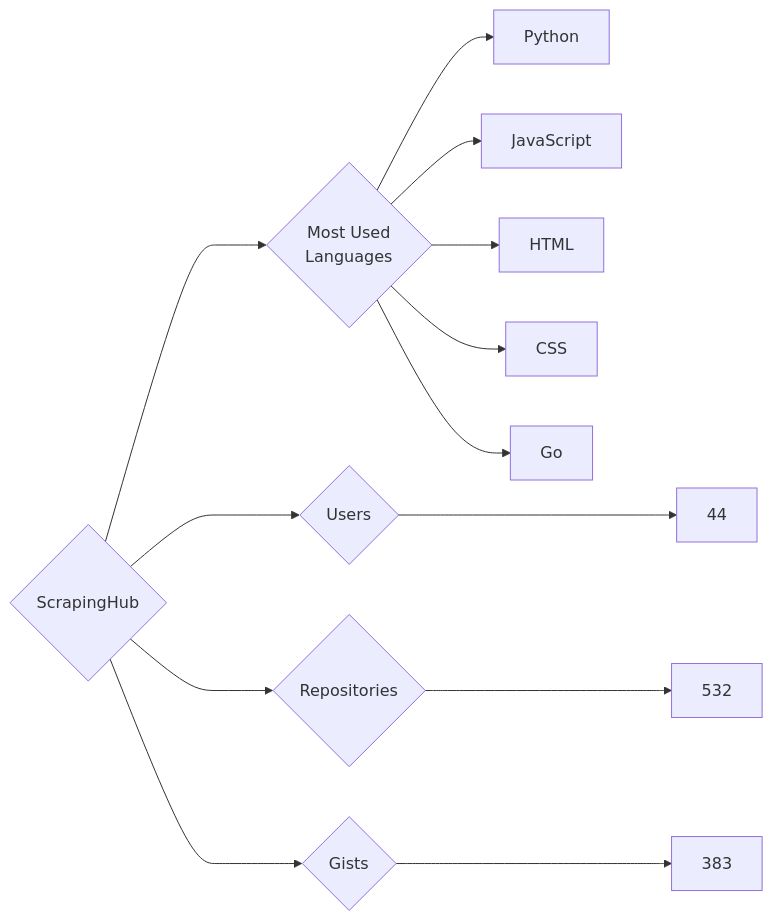
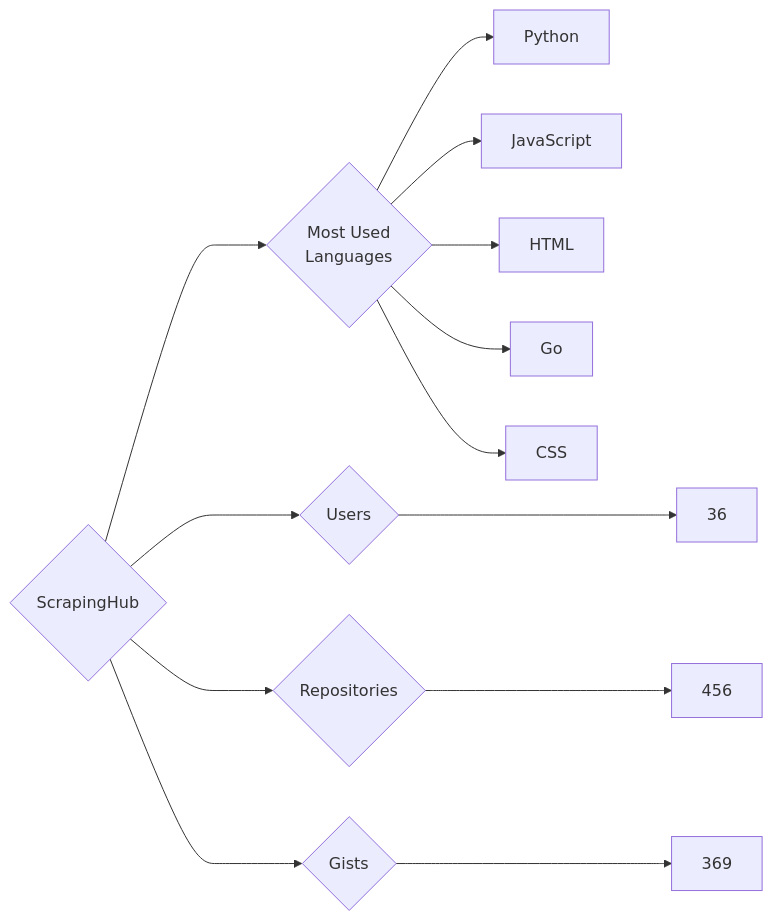
One commit to trickest/insiders changed the diagram in targets/ScrapingHub/README.md. Above: the diagram before and after it, drawn with Mermaid. The commit also changed 773 other files, not shown here.

````diff
--- a/targets/ScrapingHub/README.md
+++ b/targets/ScrapingHub/README.md
@@ -3,13 +3,13 @@
 ```mermaid
 graph LR
 COMPANY_NAME{ScrapingHub}
-COMPANY_NAME ---> U{Users} ---> UN[44]
-COMPANY_NAME ---> R{Repositories} ---> RN[532]
-COMPANY_NAME ---> G{Gists} ---> GN[383]
+COMPANY_NAME ---> U{Users} ---> UN[36]
+COMPANY_NAME ---> R{Repositories} ---> RN[456]
+COMPANY_NAME ---> G{Gists} ---> GN[369]
 COMPANY_NAME ---> ML{Most Used<br>Languages}
 ML --> Python[Python]
 ML --> JavaScript[JavaScript]
 ML --> HTML[HTML]
+ML --> Go[Go]
 ML --> CSS[CSS]
-ML --> Go[Go]
 ```
````
